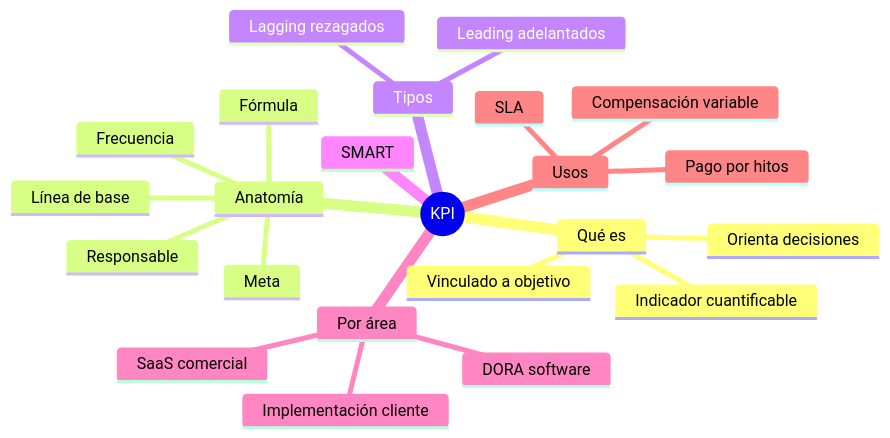
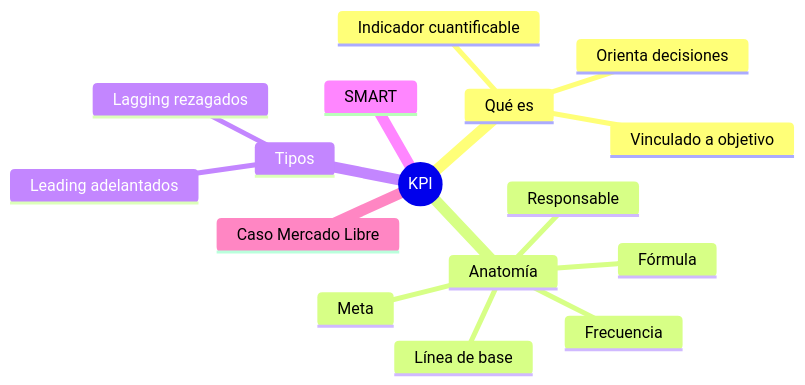
The first of 5 diagrams in resto-de-la-materia/21-kpi.md (Valenpl/tecnologia-e-innovacion-uade), drawn with Mermaid before and after one commit. The commit also changed other lines of this file and 3 other files, not shown here.

First line of the commit message:
Tema 21: recorte a lo esencial, queda Mercado Libre (v2026.10.08)

````diff
--- a/resto-de-la-materia/21-kpi.md
+++ b/resto-de-la-materia/21-kpi.md
@@ -53,26 +42,19 @@
 ```mermaid
 mindmap
   root((KPI))
     Qué es
       Indicador cuantificable
       Vinculado a objetivo
       Orienta decisiones
     Anatomía
       Fórmula
       Meta
       Frecuencia
       Responsable
       Línea de base
     Tipos
       Leading adelantados
       Lagging rezagados
     SMART
-    Por área
-      DORA software
-      Implementación cliente
-      SaaS comercial
-    Usos
-      Pago por hitos
-      SLA
-      Compensación variable
+    Caso Mercado Libre
 ```
````
